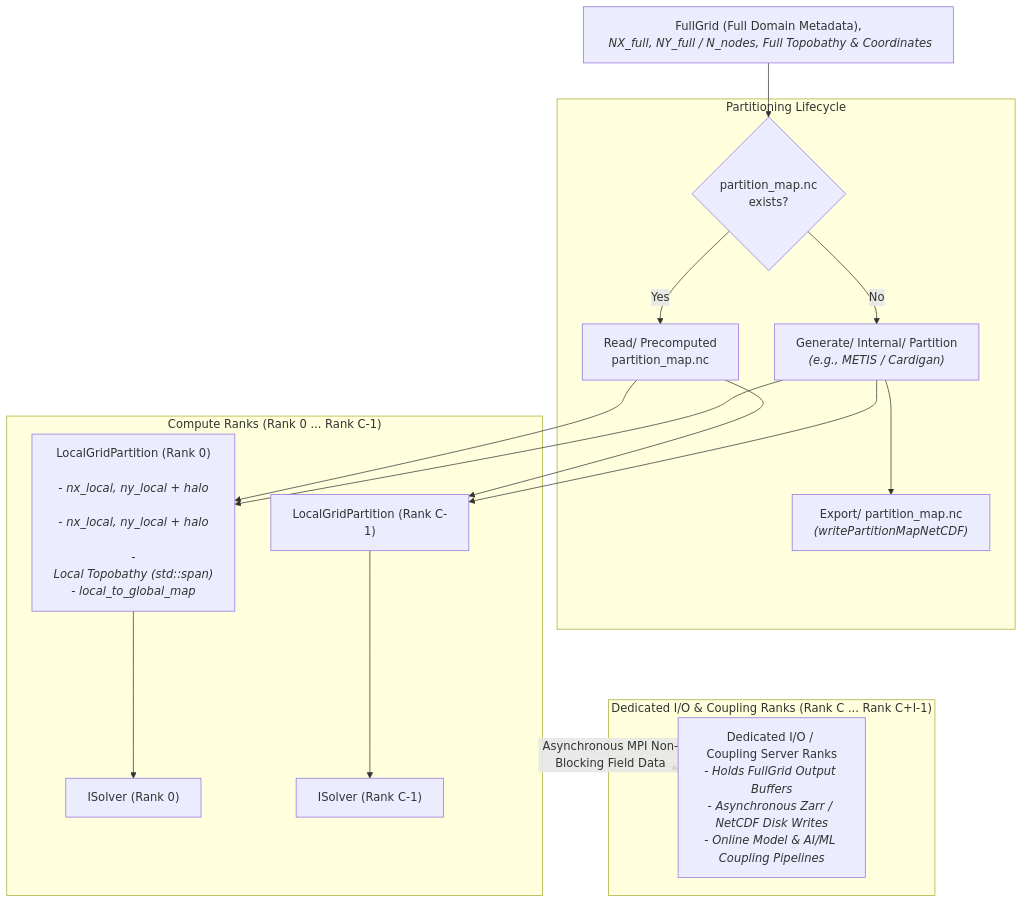
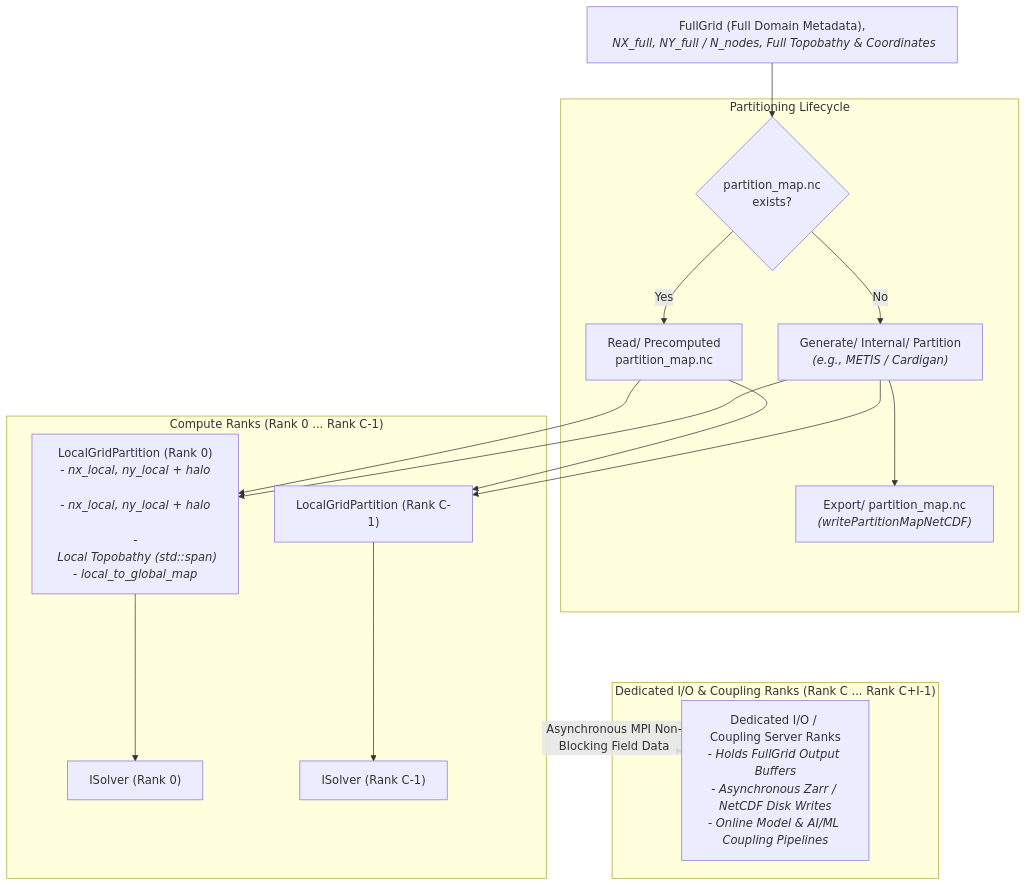
Before and after one commit to HendrikTolman-NOAA/WW4_HLT: the third of 3 diagrams in ASSESSMENT.md, drawn with Mermaid.

Commit message:
Fix formatting in ASSESSMENT.md for LocalGridPartition

````diff
--- a/ASSESSMENT.md
+++ b/ASSESSMENT.md
@@ -208,42 +208,41 @@
 ```mermaid
 graph TD
     FG["FullGrid&nbsp;(Full&nbsp;Domain&nbsp;Metadata),<br/><i>&nbsp;NX_full,&nbsp;NY_full&nbsp;/&nbsp;N_nodes,&nbsp;Full&nbsp;Topobathy&nbsp;&&nbsp;Coordinates</i>"]
 
     subgraph PartMap ["Partitioning Lifecycle"]
         PM_CHK{"partition_map.nc<br/>exists?"}
         PM_READ["Read/&nbsp;Precomputed<br/>partition_map.nc"]
         PM_GEN["Generate/&nbsp;Internal/&nbsp;Partition<br/><i>(e.g., METIS / Cardigan)</i>"]
         PM_WRITE["Export/&nbsp;partition_map.nc<br/><i>(writePartitionMapNetCDF)</i>"]
 
         PM_CHK -- Yes --> PM_READ
         PM_CHK -- No --> PM_GEN
         PM_GEN --> PM_WRITE
     end
 
     FG --> PM_CHK
 
     subgraph ComputeRanks ["Compute Ranks (Rank 0 ... Rank C-1)"]
-        LP0["LocalGridPartition&nbsp;(Rank&nbsp;0)<br/>
+        LP0["LocalGridPartition&nbsp;(Rank&nbsp;0)<br/><i>-&nbsp;nx_local,&nbsp;ny_local&nbsp;+&nbsp;halo</i><br/>
 <i>-&nbsp;nx_local,&nbsp;ny_local&nbsp;+&nbsp;halo</i><br/>
-<i>-&nbsp;nx_local,&nbsp;ny_local&nbsp;+&nbsp;halo</i><br/>
-<i>-Local&nbsp;Topobathy&nbsp;(std::span)</i><br/><i>-&nbsp;local_to_global_map</i>"]
+<i>-&nbsp;Local&nbsp;Topobathy&nbsp;(std::span)</i><br/><i>-&nbsp;local_to_global_map</i>"]
         LPC["LocalGridPartition&nbsp;(Rank&nbsp;C-1)"]
 
         S0["ISolver (Rank 0)"]
         SC["ISolver (Rank C-1)"]
 
         LP0 --> S0
         LPC --> SC
     end
 
     subgraph IORanks ["Dedicated I/O & Coupling Ranks (Rank C ... Rank C+I-1)"]
         IOR["Dedicated I/O / Coupling Server Ranks<br/><i>- Holds FullGrid Output Buffers</i><br/><i>- Asynchronous Zarr / NetCDF Disk Writes</i><br/><i>- Online Model & AI/ML Coupling Pipelines</i>"]
     end
 
     PM_READ --> LP0
     PM_READ --> LPC
     PM_GEN --> LP0
     PM_GEN --> LPC
 
     ComputeRanks -. Asynchronous MPI Non-Blocking Field Data .-> IOR
 ```
````
